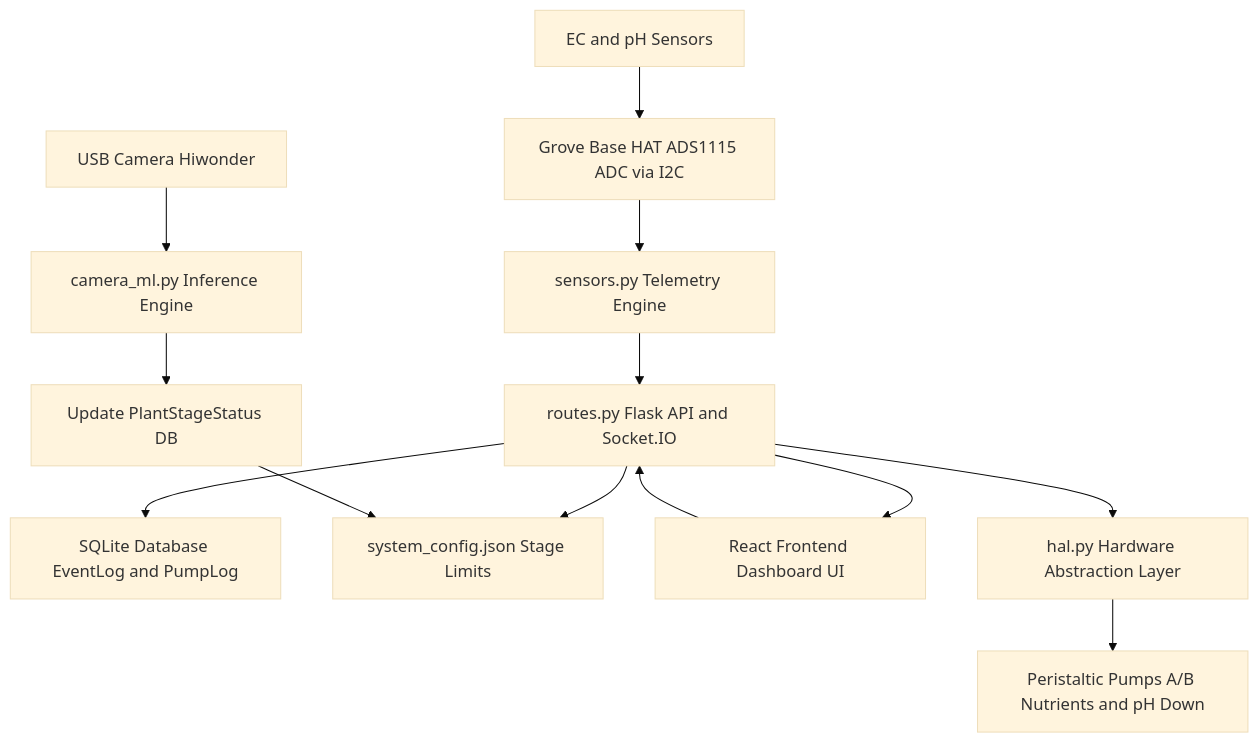
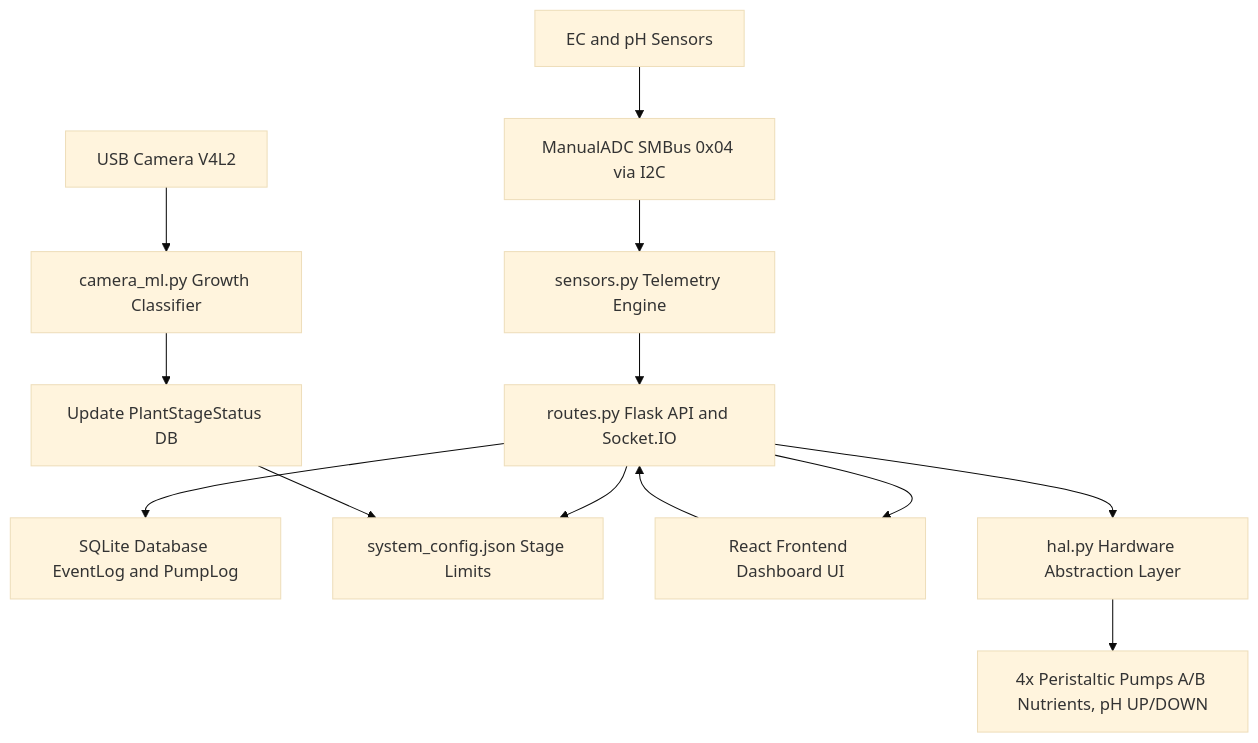
The diagram in README.md (CyberShadowSensei/PRANA1-hydroagrix-ai-dosing-controller), drawn with Mermaid (base theme) before and after one commit. The commit also changed other lines of this file and 92 other files, not shown here.

````diff
--- a/README.md
+++ b/README.md
@@ -7,15 +11,15 @@
 ```mermaid
 graph TD
-    A[EC and pH Sensors] --> B[Grove Base HAT ADS1115 ADC via I2C]
+    A[EC and pH Sensors] --> B[ManualADC SMBus 0x04 via I2C]
     B --> C[sensors.py Telemetry Engine]
     C --> D[routes.py Flask API and Socket.IO]
     D --> E[SQLite Database EventLog and PumpLog]
     D --> F[system_config.json Stage Limits]
-    G[USB Camera Hiwonder] --> H[camera_ml.py Inference Engine]
+    G[USB Camera V4L2] --> H[camera_ml.py Growth Classifier]
     H --> I[Update PlantStageStatus DB]
     I --> F
     D --> J[React Frontend Dashboard UI]
     J --> D
     D --> K[hal.py Hardware Abstraction Layer]
-    K --> L[Peristaltic Pumps A/B Nutrients and pH Down]
+    K --> L[4x Peristaltic Pumps A/B Nutrients, pH UP/DOWN]
 ```
````
